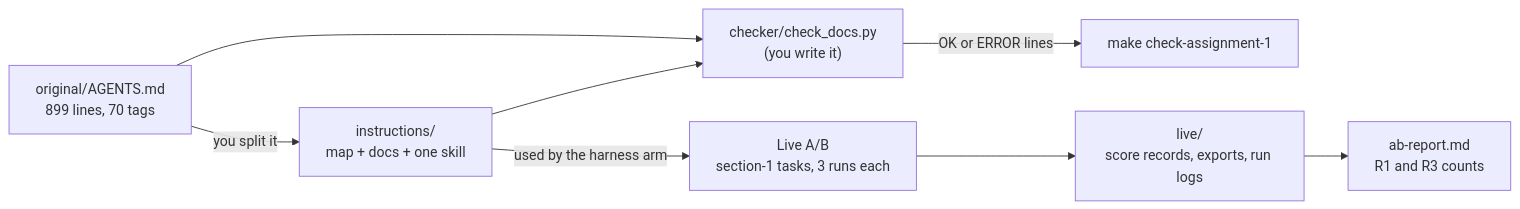
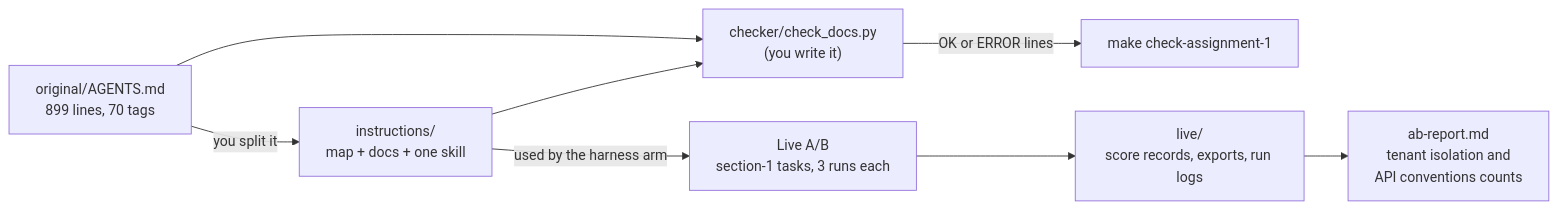
The diagram in section-1-instructions/assignment/README.md (ANI-IN/shipharness-dev), drawn with Mermaid before and after one commit. The commit also changed other lines of this file and 41 other files, not shown here.

````diff
--- a/section-1-instructions/assignment/README.md
+++ b/section-1-instructions/assignment/README.md
@@ -33,10 +35,10 @@
 ```mermaid
 flowchart LR
   O["original/AGENTS.md<br/>899 lines, 70 tags"] -->|"you split it"| T["instructions/<br/>map + docs + one skill"]
   O --> C["checker/check_docs.py<br/>(you write it)"]
   T --> C
   C -->|"OK or ERROR lines"| S["make check-assignment-1"]
   T -->|"used by the harness arm"| AB["Live A/B<br/>section-1 tasks, 3 runs each"]
   AB --> L["live/<br/>score records, exports, run logs"]
-  L --> R["ab-report.md<br/>R1 and R3 counts"]
+  L --> R["ab-report.md<br/>tenant isolation and<br/>API conventions counts"]
 ```
````
